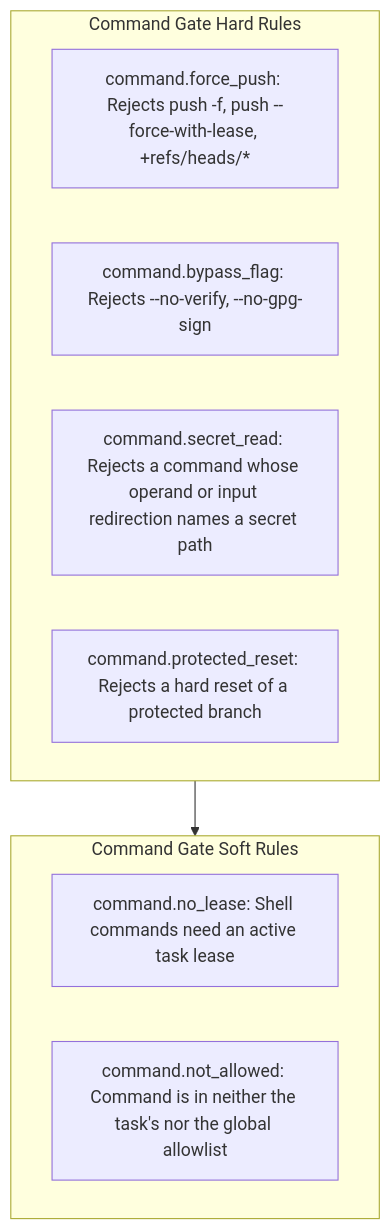
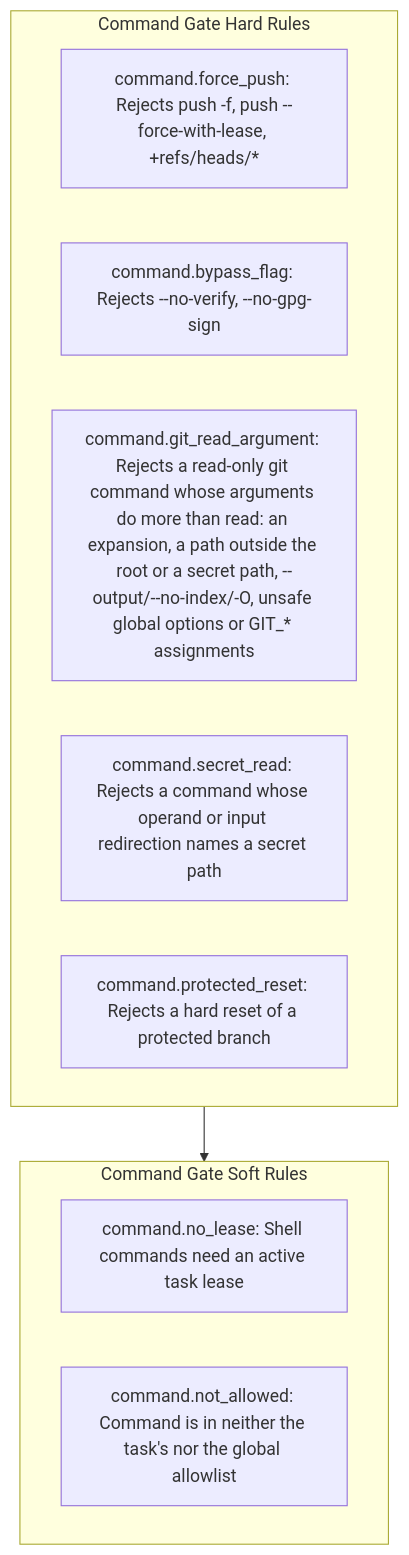
One commit to bharathvbcr/Manvi changed the fourth of 7 diagrams in docs/POLICY_AND_SAFETY.md. Above: the diagram before and after it, drawn with Mermaid. The commit also changed other lines of this file and 4 other files, not shown here.

First line of the commit message:
build: pin DevCouncil e79c2610 (command.git_read_argument)

````diff
--- a/docs/POLICY_AND_SAFETY.md
+++ b/docs/POLICY_AND_SAFETY.md
@@ -107,16 +112,17 @@
 ```mermaid
 flowchart TD
     subgraph HardCmdRules["Command Gate Hard Rules"]
         C1["command.force_push: Rejects push -f, push --force-with-lease, +refs/heads/*"]
         C2["command.bypass_flag: Rejects --no-verify, --no-gpg-sign"]
-        C3["command.secret_read: Rejects a command whose operand or input redirection names a secret path"]
-        C4["command.protected_reset: Rejects a hard reset of a protected branch"]
+        C3["command.git_read_argument: Rejects a read-only git command whose arguments do more than read: an expansion, a path outside the root or a secret path, --output/--no-index/-O, unsafe global options or GIT_* assignments"]
+        C4["command.secret_read: Rejects a command whose operand or input redirection names a secret path"]
+        C5["command.protected_reset: Rejects a hard reset of a protected branch"]
     end
 
     subgraph SoftCmdRules["Command Gate Soft Rules"]
-        C5["command.no_lease: Shell commands need an active task lease"]
-        C6["command.not_allowed: Command is in neither the task's nor the global allowlist"]
+        C6["command.no_lease: Shell commands need an active task lease"]
+        C7["command.not_allowed: Command is in neither the task's nor the global allowlist"]
     end
 
     HardCmdRules --> SoftCmdRules
 ```
````
